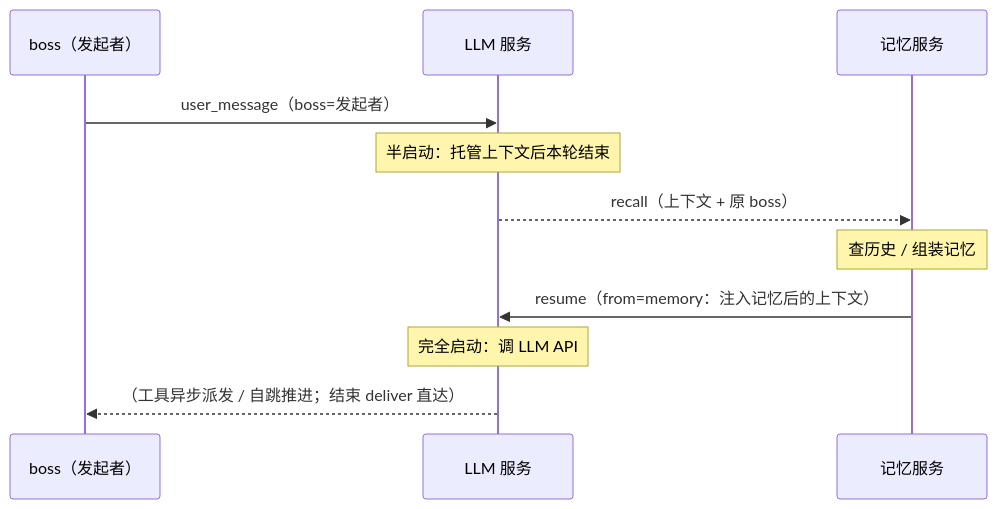
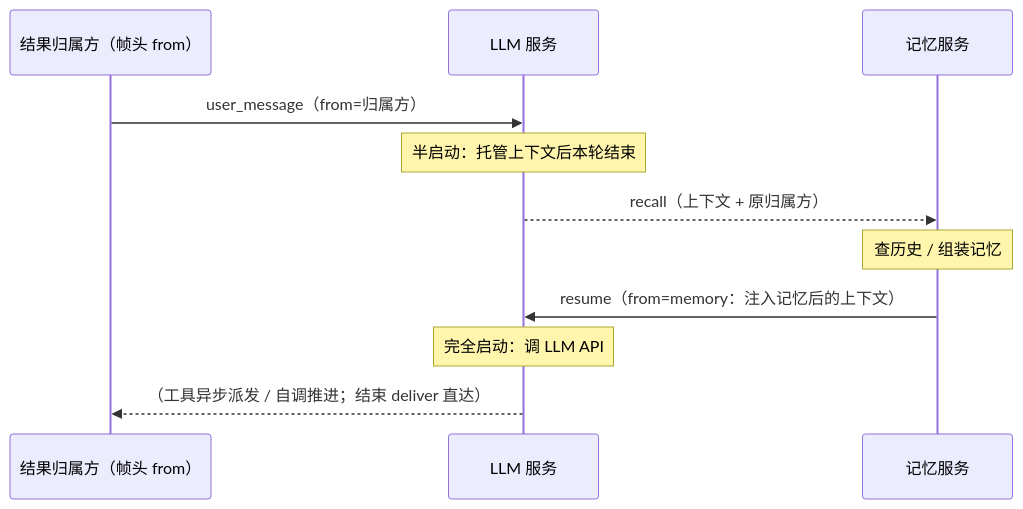
One commit to NouSart/sump changed the second of 2 diagrams in docs/concepts/architecture.md. Above: the diagram before and after it, drawn with Mermaid. The commit also changed other lines of this file and 12 other files, not shown here.

````diff
--- a/docs/concepts/architecture.md
+++ b/docs/concepts/architecture.md
@@ -95,13 +95,13 @@
 ```mermaid
 sequenceDiagram
-    participant B as boss（发起者）
+    participant B as 结果归属方（帧头 from）
     participant L as LLM 服务
     participant M as 记忆服务
-    B->>L: user_message（boss=发起者）
+    B->>L: user_message（from=归属方）
     Note over L: 半启动：托管上下文后本轮结束
-    L-->>M: recall（上下文 + 原 boss）
+    L-->>M: recall（上下文 + 原归属方）
     Note over M: 查历史 / 组装记忆
     M->>L: resume（from=memory：注入记忆后的上下文）
     Note over L: 完全启动：调 LLM API
-    L-->>B: （工具异步派发 / 自跳推进；结束 deliver 直达）
+    L-->>B: （工具异步派发 / 自调推进；结束 deliver 直达）
 ```
````
